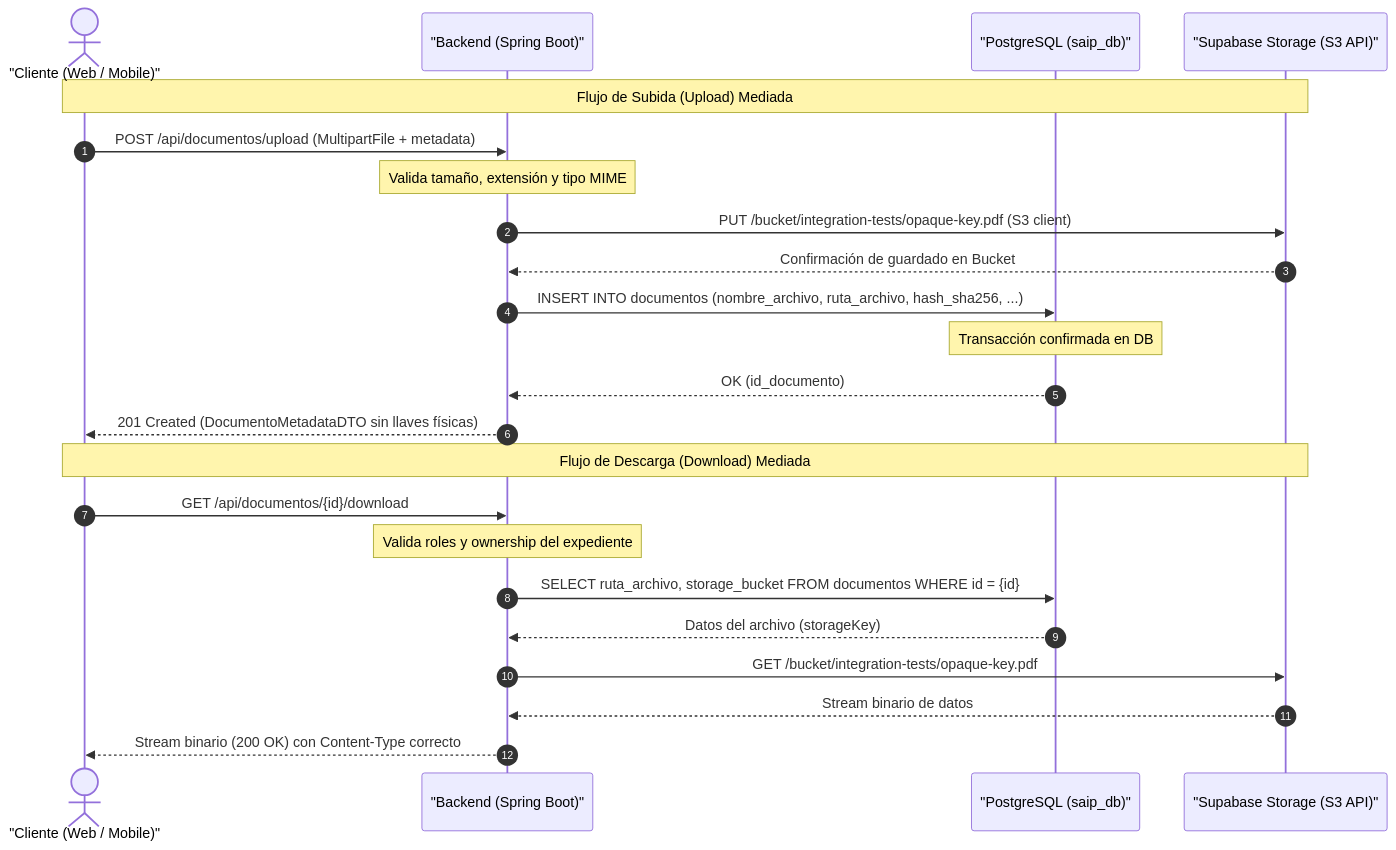
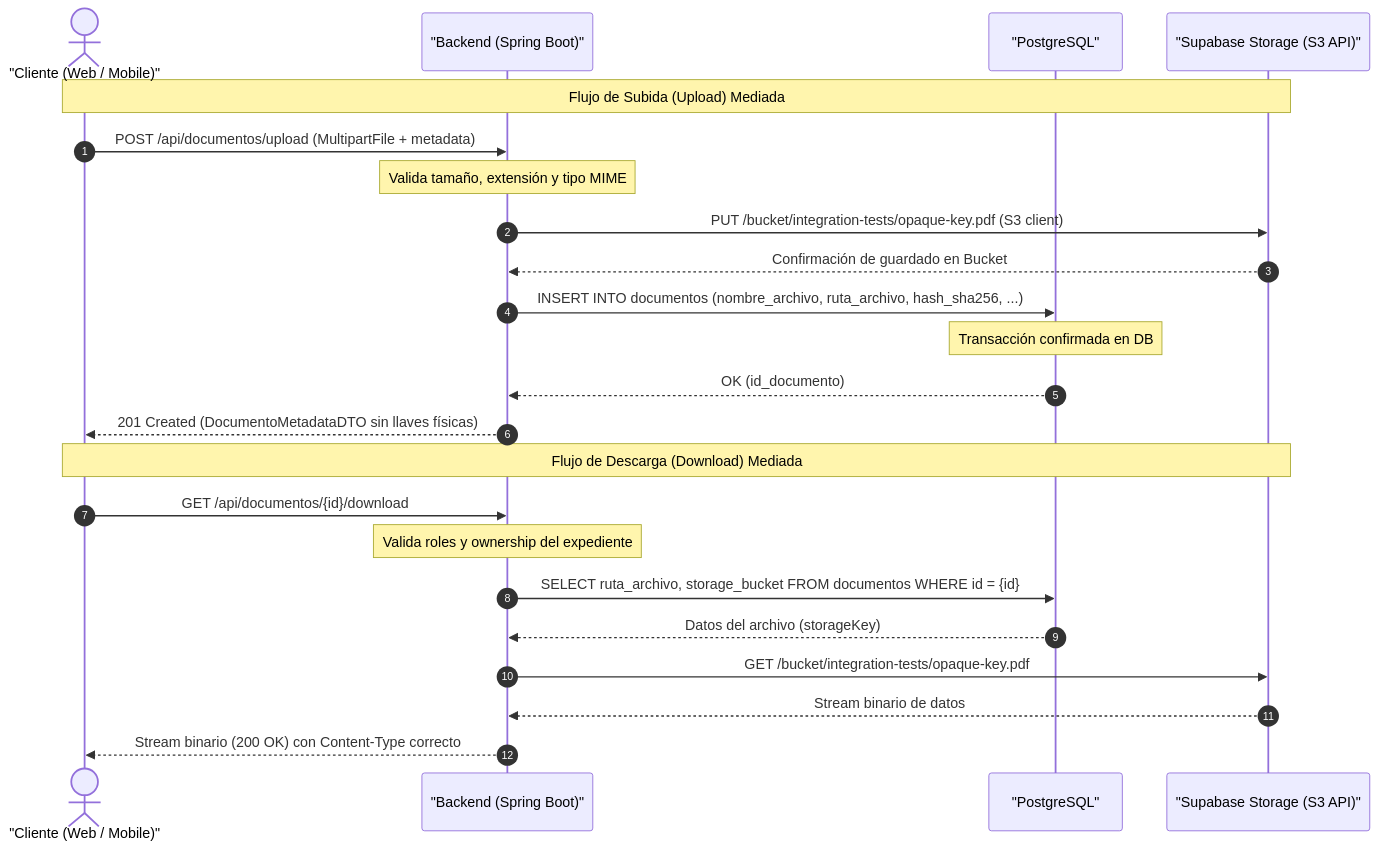
Before and after one commit to transparenciapublicadev/plataforma-saip-apelaciones: the tenth of 11 diagrams in README.md, drawn with Mermaid. The commit also changed other lines of this file and 1 other file, not shown here.

````diff
--- a/README.md
+++ b/README.md
@@ -559,27 +561,27 @@
 ```mermaid
 sequenceDiagram
     autonumber
     actor Cliente as "Cliente (Web / Mobile)"
     participant API as "Backend (Spring Boot)"
-    participant DB as "PostgreSQL (saip_db)"
+    participant DB as "PostgreSQL"
     participant S3 as "Supabase Storage (S3 API)"
 
     Note over Cliente, S3: Flujo de Subida (Upload) Mediada
     Cliente->>API: POST /api/documentos/upload (MultipartFile + metadata)
     Note over API: Valida tamaño, extensión y tipo MIME
     API->>S3: PUT /bucket/integration-tests/opaque-key.pdf (S3 client)
     S3-->>API: Confirmación de guardado en Bucket
     API->>DB: INSERT INTO documentos (nombre_archivo, ruta_archivo, hash_sha256, ...)
     Note over DB: Transacción confirmada en DB
     DB-->>API: OK (id_documento)
     API-->>Cliente: 201 Created (DocumentoMetadataDTO sin llaves físicas)
 
     Note over Cliente, S3: Flujo de Descarga (Download) Mediada
     Cliente->>API: GET /api/documentos/{id}/download
     Note over API: Valida roles y ownership del expediente
     API->>DB: SELECT ruta_archivo, storage_bucket FROM documentos WHERE id = {id}
     DB-->>API: Datos del archivo (storageKey)
     API->>S3: GET /bucket/integration-tests/opaque-key.pdf
     S3-->>API: Stream binario de datos
     API-->>Cliente: Stream binario (200 OK) con Content-Type correcto
 ```
````
